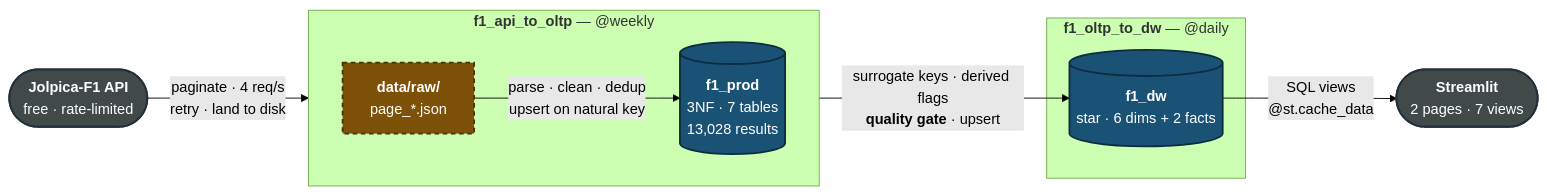
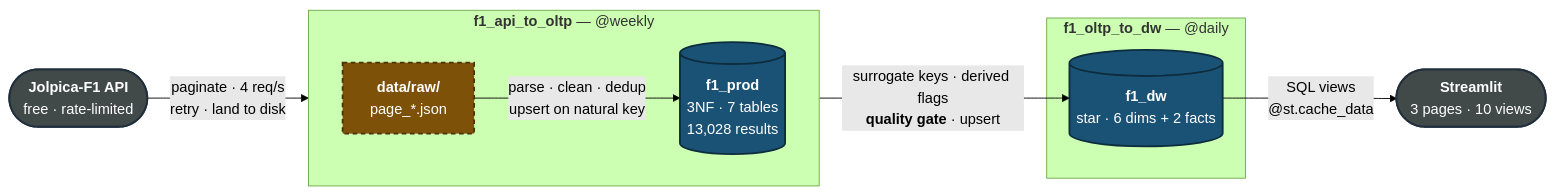
One commit to sworaj42/f1-data-warehouse changed the first of 5 diagrams in README.md. Above: the diagram before and after it, drawn with Mermaid (forest theme). The commit also changed other lines of this file and 3 other files, not shown here.

````diff
--- a/README.md
+++ b/README.md
@@ -39,28 +39,28 @@
 ```mermaid
 flowchart LR
     API(["<b>Jolpica-F1 API</b><br/>free · rate-limited"])
 
     subgraph DAG1["<b>f1_api_to_oltp</b> — @weekly"]
         direction LR
         RAW["<b>data/raw/</b><br/>page_*.json"]
         PROD[("<b>f1_prod</b><br/>3NF · 7 tables<br/>13,028 results")]
         RAW -->|"parse · clean · dedup<br/>upsert on natural key"| PROD
     end
 
     subgraph DAG2["<b>f1_oltp_to_dw</b> — @daily"]
         DW[("<b>f1_dw</b><br/>star · 6 dims + 2 facts")]
     end
 
-    DASH(["<b>Streamlit</b><br/>2 pages · 7 views"])
+    DASH(["<b>Streamlit</b><br/>3 pages · 10 views"])
 
     API -->|"paginate · 4 req/s<br/>retry · land to disk"| RAW
     PROD -->|"surrogate keys · derived flags<br/><b>quality gate</b> · upsert"| DW
     DW -->|"SQL views<br/>@st.cache_data"| DASH
 
     classDef store fill:#1a5276,color:#fff,stroke:#0d2c3d,stroke-width:2px
     classDef zone fill:#7e5109,color:#fff,stroke:#4d3106,stroke-width:2px,stroke-dasharray:5 4
     classDef ext fill:#424949,color:#fff,stroke:#212f3c,stroke-width:2px
     class PROD,DW store
     class RAW zone
     class API,DASH ext
 ```
````
